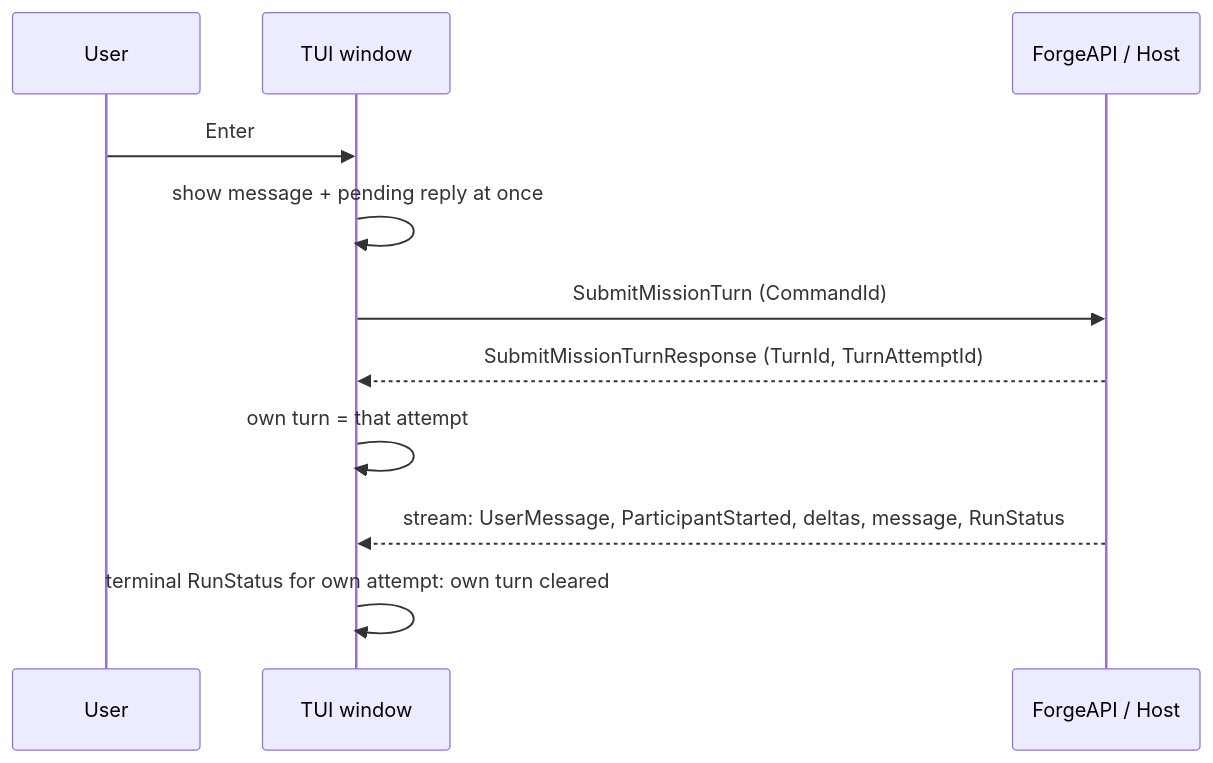
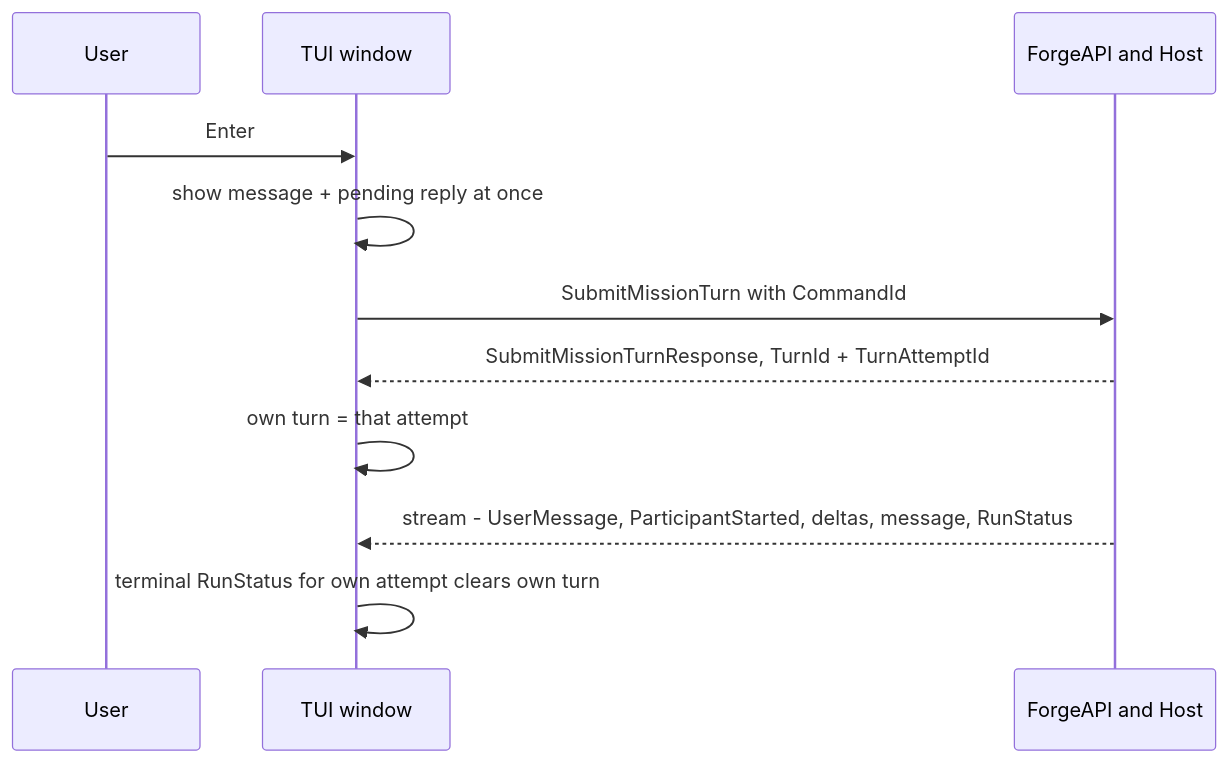
One commit to katasec/mission-control-language changed the tenth of 23 diagrams in docs/design/how-conversations-work.md. Above: the diagram before and after it, drawn with Mermaid. The commit also changed other lines of this file and 2 other files, not shown here.

````diff
--- a/docs/design/how-conversations-work.md
+++ b/docs/design/how-conversations-work.md
@@ -295,13 +321,13 @@
 ```mermaid
 sequenceDiagram
   participant U as User
   participant T as TUI window
-  participant A as ForgeAPI / Host
+  participant A as ForgeAPI and Host
   U->>T: Enter
   T->>T: show message + pending reply at once
-  T->>A: SubmitMissionTurn (CommandId)
-  A-->>T: SubmitMissionTurnResponse (TurnId, TurnAttemptId)
+  T->>A: SubmitMissionTurn with CommandId
+  A-->>T: SubmitMissionTurnResponse, TurnId + TurnAttemptId
   T->>T: own turn = that attempt
-  A-->>T: stream: UserMessage, ParticipantStarted, deltas, message, RunStatus
-  T->>T: terminal RunStatus for own attempt: own turn cleared
+  A-->>T: stream - UserMessage, ParticipantStarted, deltas, message, RunStatus
+  T->>T: terminal RunStatus for own attempt clears own turn
 ```
````
